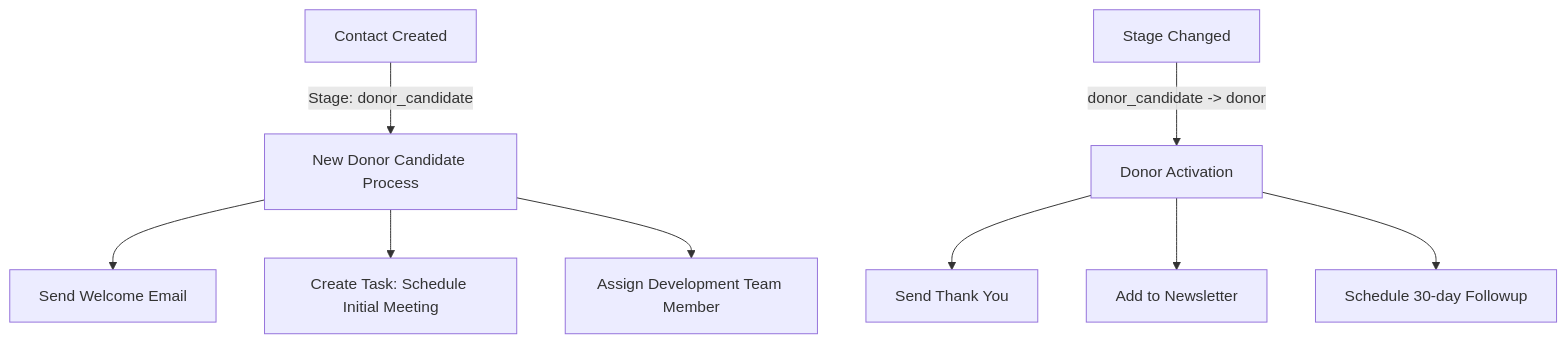
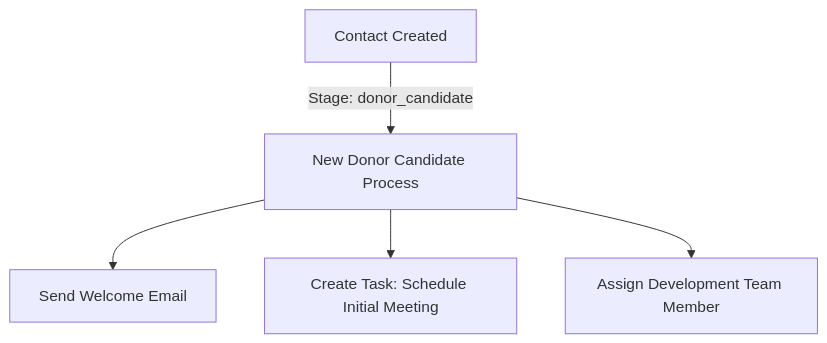
One commit to Apistolic/boh-larament changed the first of 8 diagrams in app/Docs/Workflows.md. Above: the diagram before and after it, drawn with Mermaid. The commit also changed other lines of this file, not shown here.

````diff
--- a/app/Docs/Workflows.md
+++ b/app/Docs/Workflows.md
@@ -9,14 +11,8 @@
 ```mermaid
 flowchart TD
     %% Donor Candidate Process
     A[Contact Created] -->|Stage: donor_candidate| B[New Donor Candidate Process]
     B --> C[Send Welcome Email]
     B --> D[Create Task: Schedule Initial Meeting]
     B --> E[Assign Development Team Member]
-    
-    %% Donor Activation
-    F[Stage Changed] -->|donor_candidate -> donor| G[Donor Activation]
-    G --> H[Send Thank You]
-    G --> I[Add to Newsletter]
-    G --> J[Schedule 30-day Followup]
 ```
````
